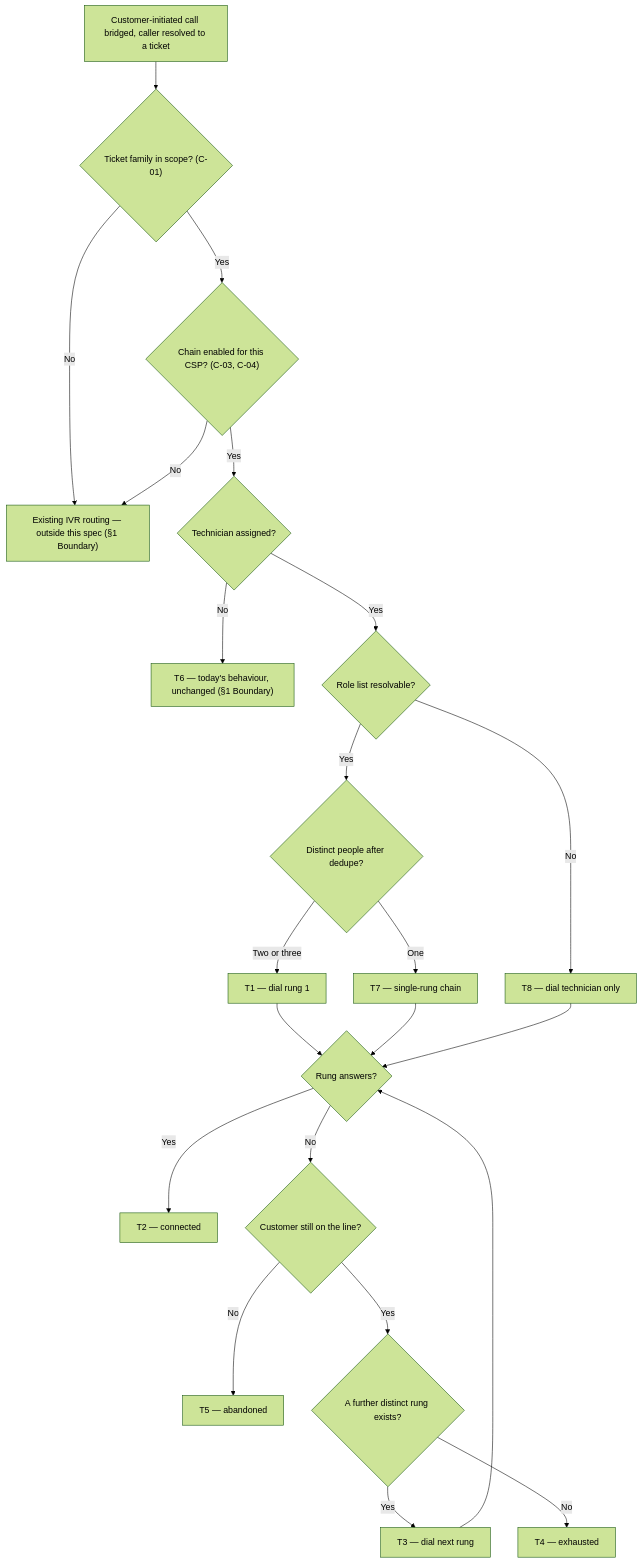
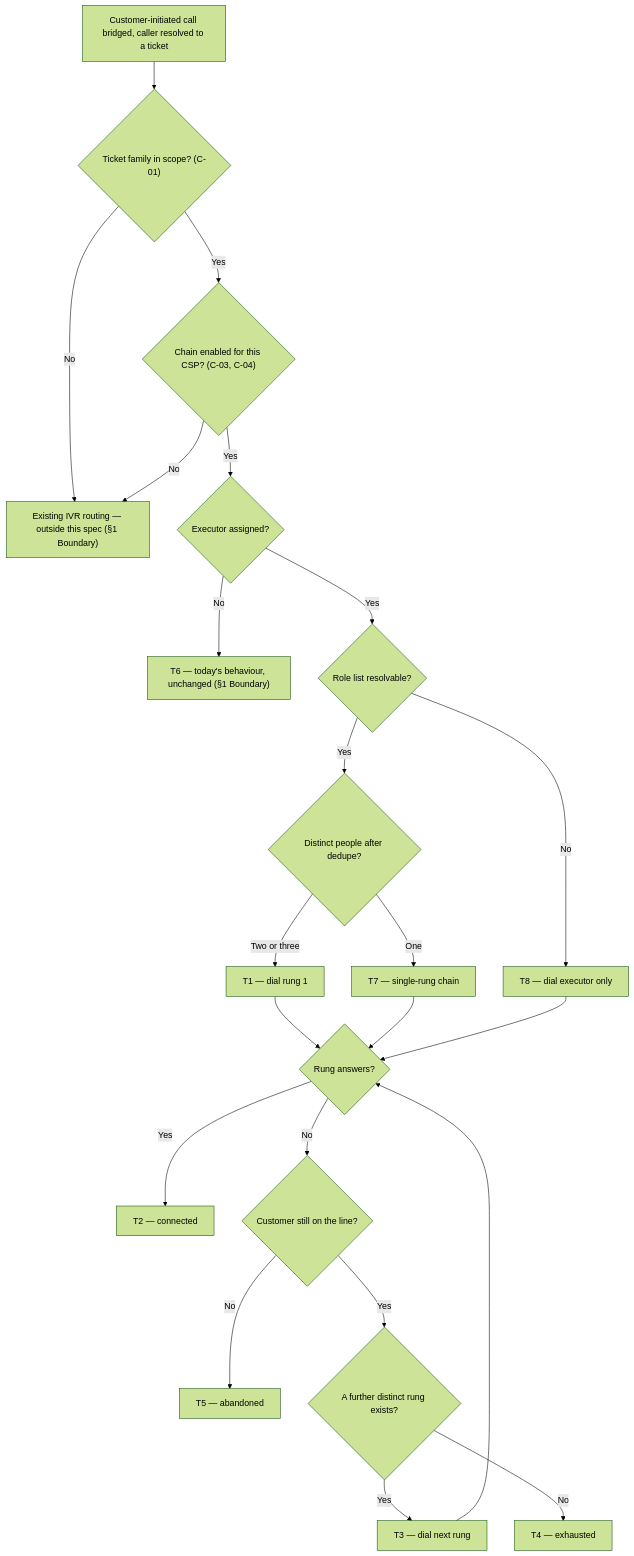
One commit to ashish-raj-wiom/ivr-escalation-chain changed the diagram in IVR_Escalation_Chain_PRD.md. Above: the diagram before and after it, drawn with Mermaid (forest theme). The commit also changed other lines of this file and 1 other file, not shown here.

First line of the commit message:
v0.2 — install in scope, "assigned executor" replaces "technician", reviewer named

````diff
--- a/IVR_Escalation_Chain_PRD.md
+++ b/IVR_Escalation_Chain_PRD.md
@@ -72,24 +74,24 @@
 ```mermaid
 flowchart TD
     A["Customer-initiated call bridged, caller resolved to a ticket"] --> B{"Ticket family in scope? (C-01)"}
     B -- "No" --> C["Existing IVR routing — outside this spec (§1 Boundary)"]
     B -- "Yes" --> D{"Chain enabled for this CSP? (C-03, C-04)"}
     D -- "No" --> C
-    D -- "Yes" --> E{"Technician assigned?"}
+    D -- "Yes" --> E{"Executor assigned?"}
     E -- "No" --> F["T6 — today's behaviour, unchanged (§1 Boundary)"]
     E -- "Yes" --> G{"Role list resolvable?"}
-    G -- "No" --> H["T8 — dial technician only"]
+    G -- "No" --> H["T8 — dial executor only"]
     G -- "Yes" --> I{"Distinct people after dedupe?"}
     I -- "One" --> J["T7 — single-rung chain"]
     I -- "Two or three" --> K["T1 — dial rung 1"]
     K --> L{"Rung answers?"}
     J --> L
     H --> L
     L -- "Yes" --> M["T2 — connected"]
     L -- "No" --> N{"Customer still on the line?"}
     N -- "No" --> O["T5 — abandoned"]
     N -- "Yes" --> P{"A further distinct rung exists?"}
     P -- "Yes" --> Q["T3 — dial next rung"]
     Q --> L
     P -- "No" --> R["T4 — exhausted"]
 ```
````
